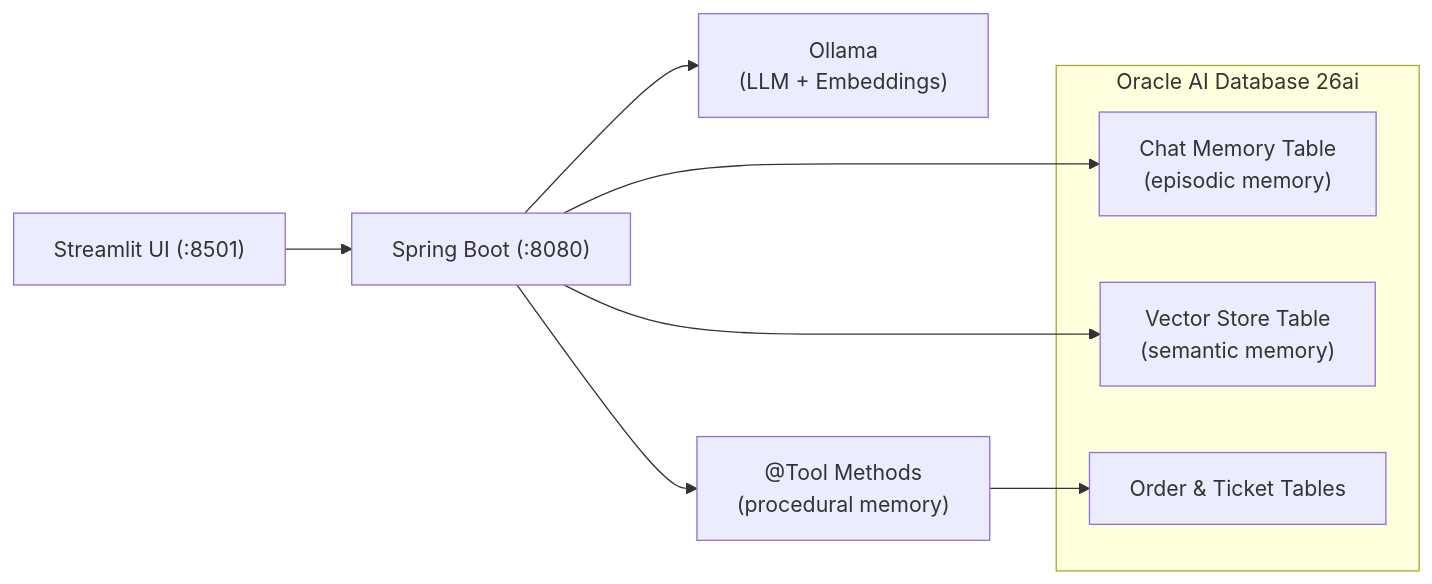
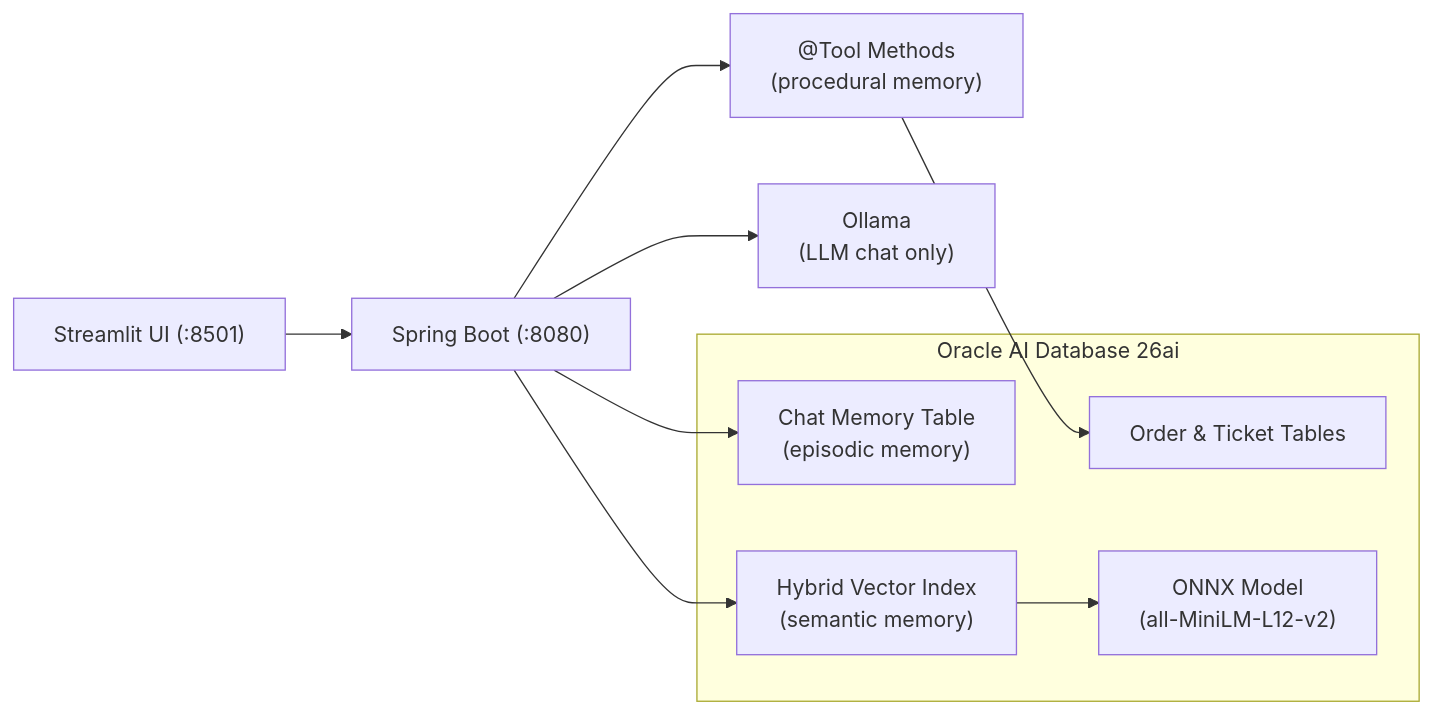
The first of 3 diagrams in README.md (vmleon/oracle-database-java-agent-memory), drawn with Mermaid before and after one commit. The commit also changed other lines of this file and 13 other files, not shown here.

Commit message:
add hybrid vector search (OracleHybridDocumentRetriever + DBMS_HYBRID_VECTOR.SEARCH), policy docs seeder, structured logging, and update docs

````diff
--- a/README.md
+++ b/README.md
@@ -7,15 +7,17 @@
 ```mermaid
 graph LR
     UI["Streamlit UI (:8501)"] --> API["Spring Boot (:8080)"]
-    API --> Ollama["Ollama<br/>(LLM + Embeddings)"]
+    API --> Ollama["Ollama<br/>(LLM chat only)"]
     API --> CM["Chat Memory Table<br/>(episodic memory)"]
-    API --> VS["Vector Store Table<br/>(semantic memory)"]
+    API --> HV["Hybrid Vector Index<br/>(semantic memory)"]
     API --> PM["@Tool Methods<br/>(procedural memory)"]
     PM --> OT["Order & Ticket Tables"]
 
     subgraph Oracle AI Database 26ai
         CM
-        VS
+        HV
+        ONNX["ONNX Model<br/>(all-MiniLM-L12-v2)"]
+        HV --> ONNX
         OT
     end
 ```
````
